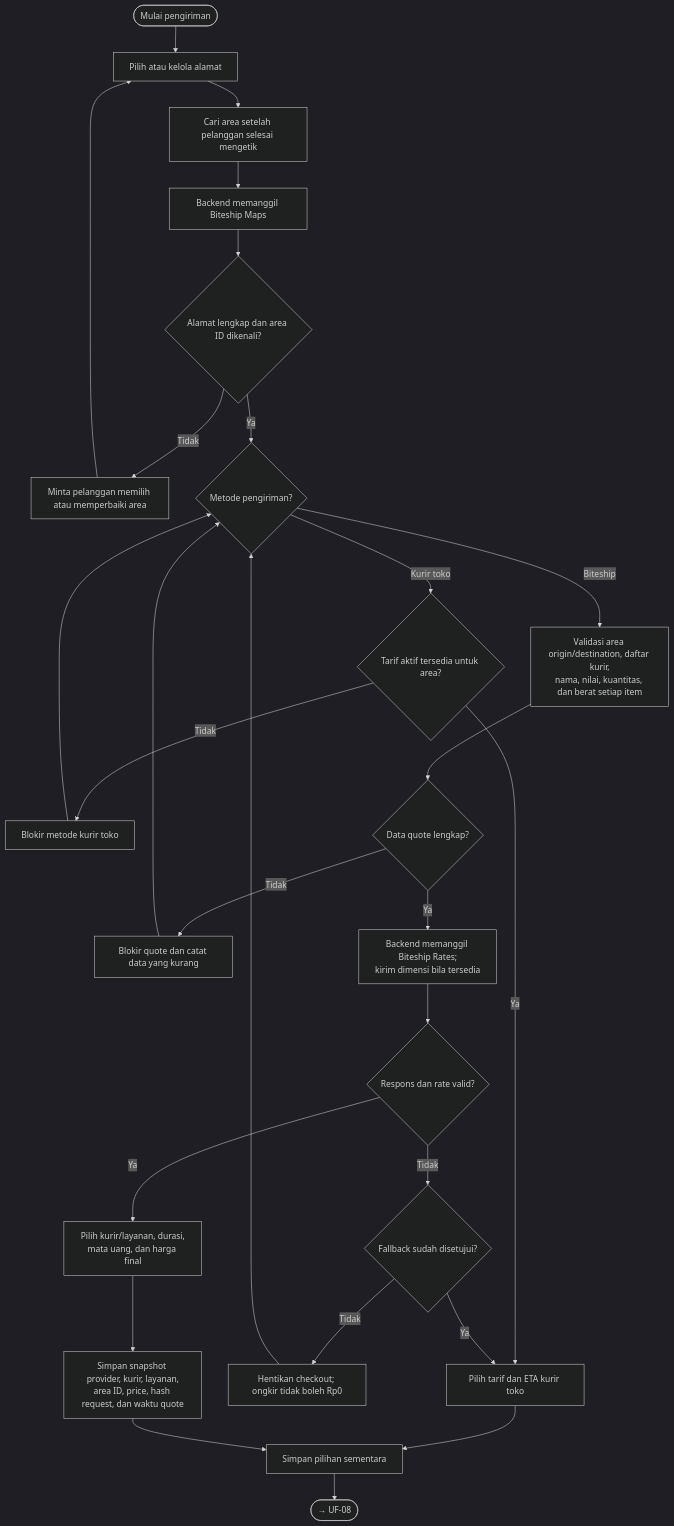
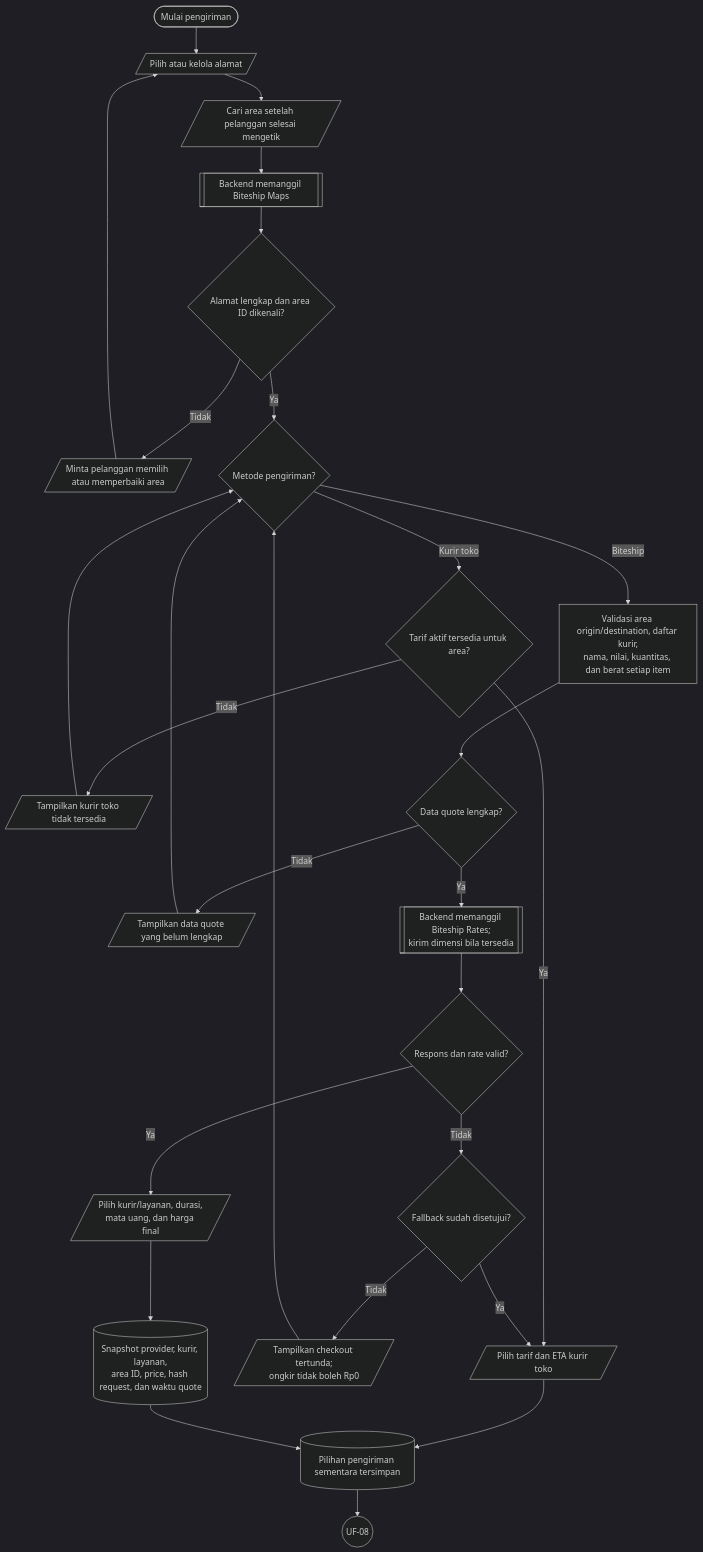
The seventh of 18 diagrams in docs/design/USER_FLOWS.md (Webekspres/pixel-komunika), drawn with Mermaid (dark theme) before and after one commit. The commit also changed other lines of this file, not shown here.

Commit message:
docs: standardize user flow notation

````diff
--- a/docs/design/USER_FLOWS.md
+++ b/docs/design/USER_FLOWS.md
@@ -215,31 +239,31 @@
 ```mermaid
 flowchart TD
-    A([Mulai pengiriman]) --> B["Pilih atau kelola alamat"]
-    B --> B1["Cari area setelah pelanggan selesai mengetik"]
-    B1 --> B2["Backend memanggil Biteship Maps"]
+    A(["Mulai pengiriman"]) --> B[/"Pilih atau kelola alamat"/]
+    B --> B1[/"Cari area setelah pelanggan selesai mengetik"/]
+    B1 --> B2[["Backend memanggil Biteship Maps"]]
     B2 --> C{"Alamat lengkap dan area ID dikenali?"}
-    C -->|Tidak| D["Minta pelanggan memilih atau memperbaiki area"]
+    C -->|Tidak| D[/"Minta pelanggan memilih atau memperbaiki area"/]
     D --> B
     C -->|Ya| E{"Metode pengiriman?"}
     E -->|Kurir toko| F{"Tarif aktif tersedia untuk area?"}
-    F -->|Tidak| G["Blokir metode kurir toko"]
+    F -->|Tidak| G[/"Tampilkan kurir toko tidak tersedia"/]
     G --> E
-    F -->|Ya| H["Pilih tarif dan ETA kurir toko"]
+    F -->|Ya| H[/"Pilih tarif dan ETA kurir toko"/]
     E -->|Biteship| I["Validasi area origin/destination, daftar kurir,<br/>nama, nilai, kuantitas, dan berat setiap item"]
     I --> J{"Data quote lengkap?"}
-    J -->|Tidak| K["Blokir quote dan catat data yang kurang"]
+    J -->|Tidak| K[/"Tampilkan data quote yang belum lengkap"/]
     K --> E
-    J -->|Ya| L["Backend memanggil Biteship Rates;<br/>kirim dimensi bila tersedia"]
+    J -->|Ya| L[["Backend memanggil Biteship Rates;<br/>kirim dimensi bila tersedia"]]
     L --> M{"Respons dan rate valid?"}
-    M -->|Ya| N["Pilih kurir/layanan, durasi,<br/>mata uang, dan harga final"]
+    M -->|Ya| N[/"Pilih kurir/layanan, durasi,<br/>mata uang, dan harga final"/]
     M -->|Tidak| O{"Fallback sudah disetujui?"}
-    O -->|Tidak| P["Hentikan checkout; ongkir tidak boleh Rp0"]
+    O -->|Tidak| P[/"Tampilkan checkout tertunda;<br/>ongkir tidak boleh Rp0"/]
     P --> E
     O -->|Ya| H
-    H --> Q["Simpan pilihan sementara"]
-    N --> R["Simpan snapshot provider, kurir, layanan,<br/>area ID, price, hash request, dan waktu quote"]
+    H --> Q[("Pilihan pengiriman sementara tersimpan")]
+    N --> R[("Snapshot provider, kurir, layanan,<br/>area ID, price, hash request, dan waktu quote")]
     R --> Q
-    Q --> C_UF08(["→ UF-08"])
+    Q --> C_UF08((UF-08))
 
     click C_UF08 "#uf-08-validasi-checkout"
 ```
````
